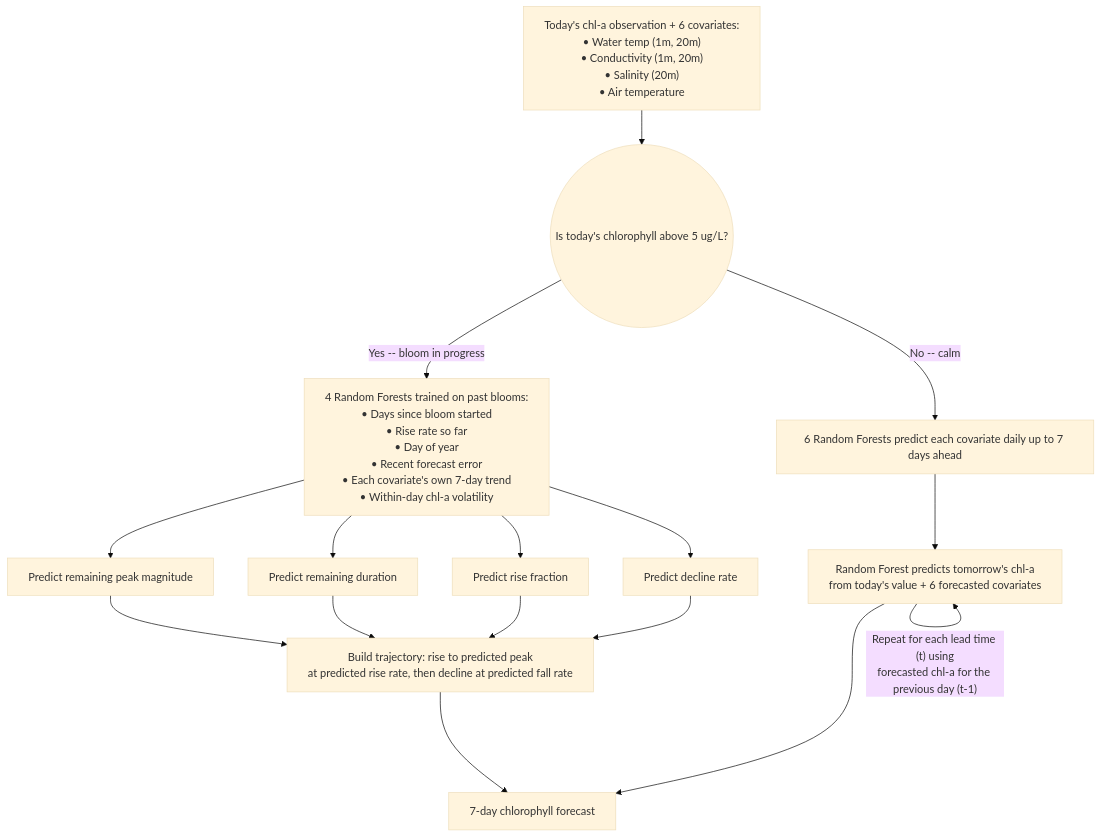
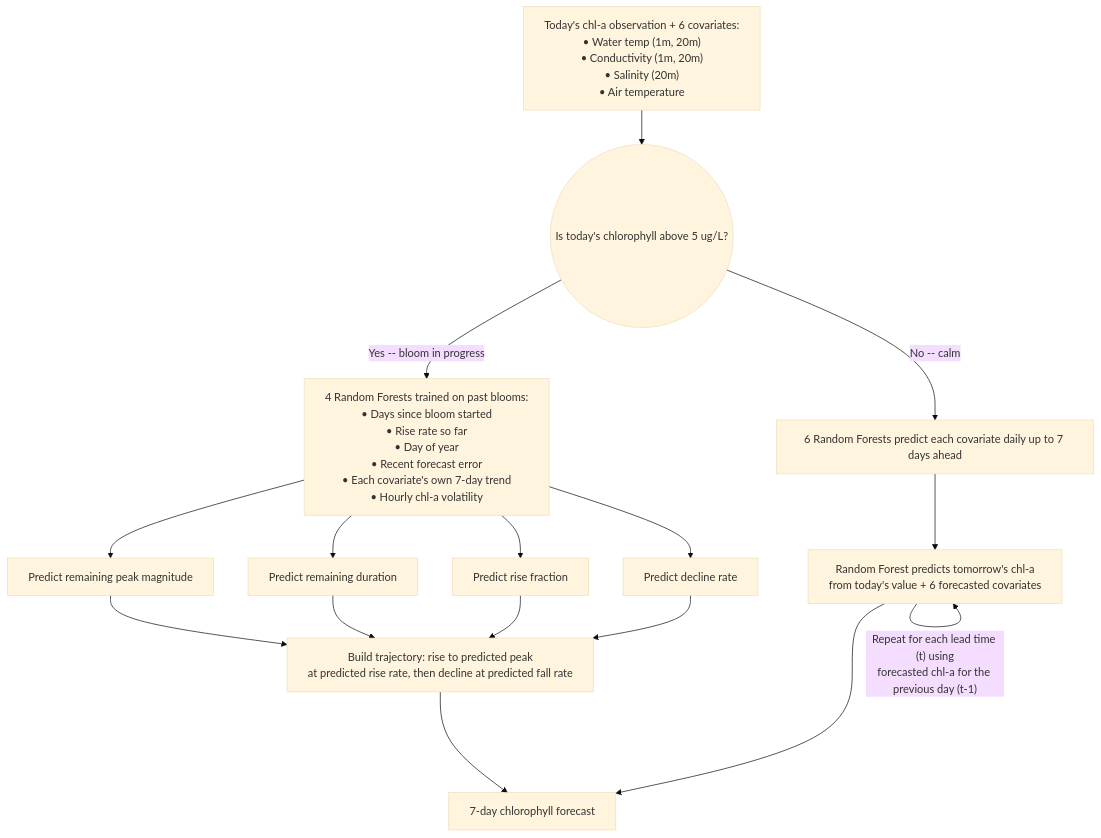
Before and after one commit to cami-webb/BloomBoard: the diagram in dashboard/documentation.qmd, drawn with Mermaid (base theme). The commit also changed other lines of this file, not shown here.

Commit message:
Rework forecast-error wording, rename within-day -> hourly volatility

````diff
--- a/dashboard/documentation.qmd
+++ b/dashboard/documentation.qmd
@@ -53,22 +52,22 @@
 ```{mermaid}
 %%{init: {'flowchart': {'wrappingWidth': 400}}}%%
 flowchart TD
     A["Today's chl-a observation + 6 covariates:<br/>&bull; Water temp (1m, 20m)<br/>&bull; Conductivity (1m, 20m)<br/>&bull; Salinity (20m)<br/>&bull; Air temperature"]
     A --> Q(("Is today's chlorophyll above 5 ug/L?"))
 
-    Q -->|"Yes -- bloom in progress"| BM["4 Random Forests trained on past blooms:<br/>&bull; Days since bloom started<br/>&bull; Rise rate so far<br/>&bull; Day of year<br/>&bull; Recent forecast error<br/>&bull; Each covariate's own 7-day trend<br/>&bull; Within-day chl-a volatility"]
+    Q -->|"Yes -- bloom in progress"| BM["4 Random Forests trained on past blooms:<br/>&bull; Days since bloom started<br/>&bull; Rise rate so far<br/>&bull; Day of year<br/>&bull; Recent forecast error<br/>&bull; Each covariate's own 7-day trend<br/>&bull; Hourly chl-a volatility"]
     BM --> BM1[Predict remaining peak magnitude]
     BM --> BM2[Predict remaining duration]
     BM --> BM4[Predict rise fraction]
     BM --> BM3[Predict decline rate]
     BM1 --> TRAJ["Build trajectory: rise to predicted peak<br/>at predicted rise rate, then decline at predicted fall rate"]
     BM2 --> TRAJ
     BM4 --> TRAJ
     BM3 --> TRAJ
     TRAJ --> OUT[7-day chlorophyll forecast]
 
     Q -->|"No -- calm"| CFC["6 Random Forests predict each covariate daily up to 7 days ahead"]
     CFC --> CM["Random Forest predicts tomorrow's chl-a<br/>from today's value + 6 forecasted covariates"]
     CM -->|"Repeat for each lead time (t) using<br/>forecasted chl-a for the previous day (t-1)"| CM
     CM --> OUT
 ```
````
